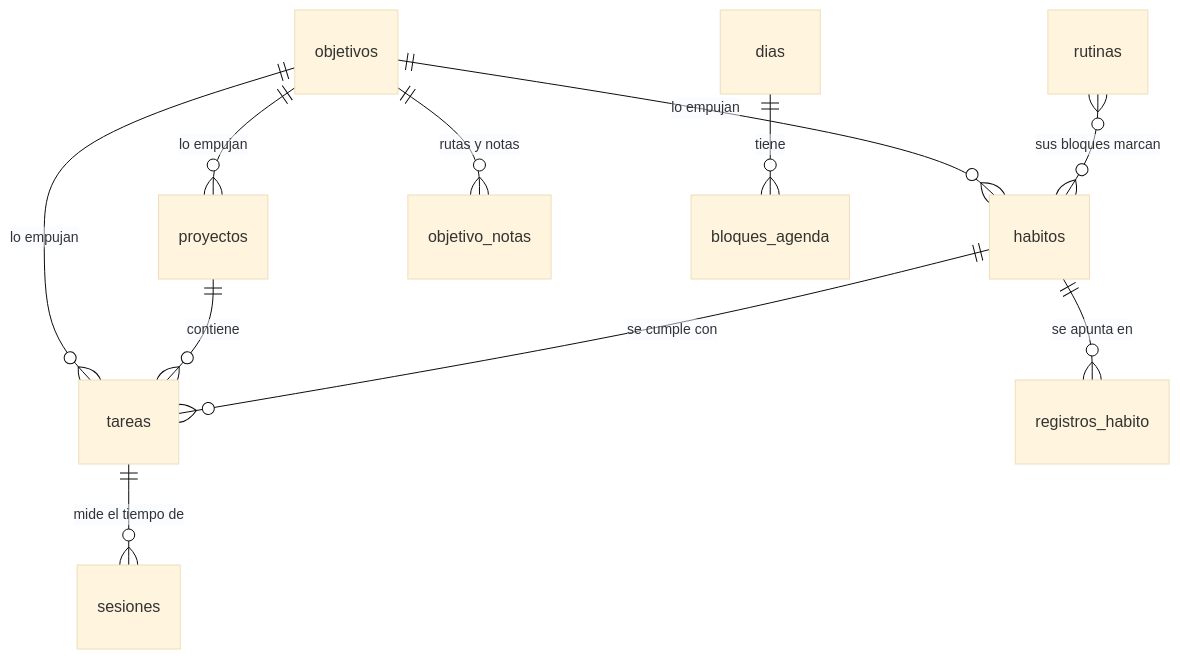
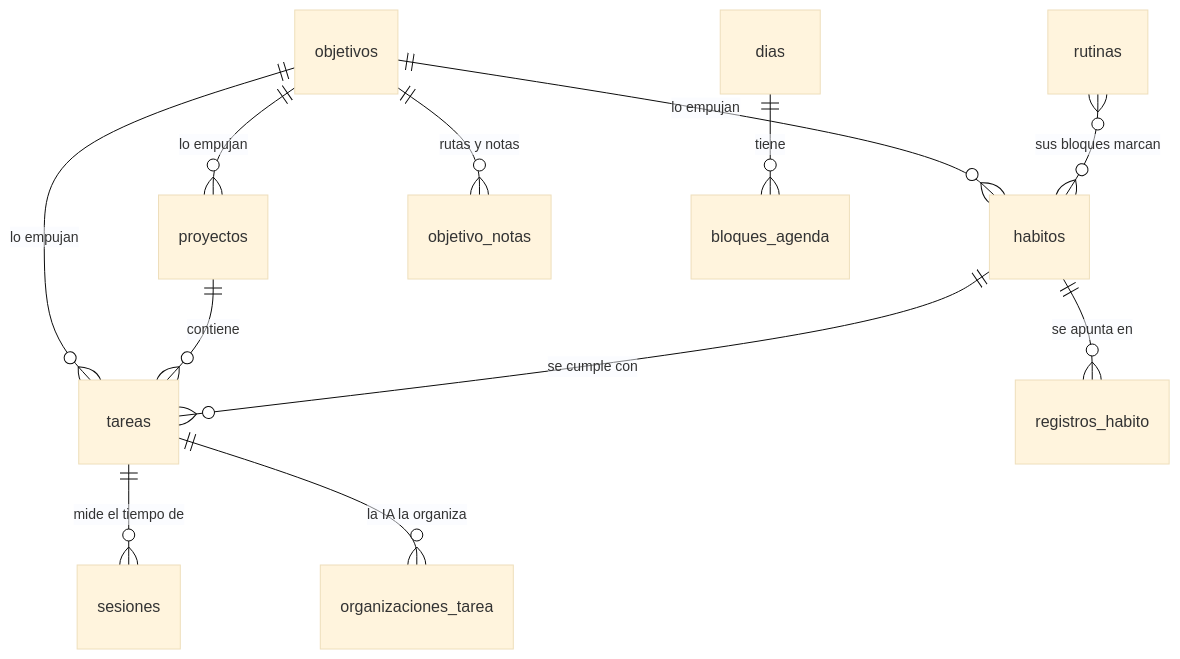
The diagram in docs/modelo-de-datos.md (angelgmx/rumbo), drawn with Mermaid (base theme) before and after one commit. The commit also changed other lines of this file and 17 other files, not shown here.

````diff
--- a/docs/modelo-de-datos.md
+++ b/docs/modelo-de-datos.md
@@ -25,13 +25,14 @@
 ```mermaid
 erDiagram
   objetivos ||--o{ proyectos : "lo empujan"
   objetivos ||--o{ habitos : "lo empujan"
   objetivos ||--o{ objetivo_notas : "rutas y notas"
   objetivos ||--o{ tareas : "lo empujan"
   proyectos ||--o{ tareas : contiene
   habitos ||--o{ registros_habito : "se apunta en"
   habitos ||--o{ tareas : "se cumple con"
   rutinas }o--o{ habitos : "sus bloques marcan"
   tareas ||--o{ sesiones : "mide el tiempo de"
+  tareas ||--o{ organizaciones_tarea : "la IA la organiza"
   dias ||--o{ bloques_agenda : tiene
 ```
````
